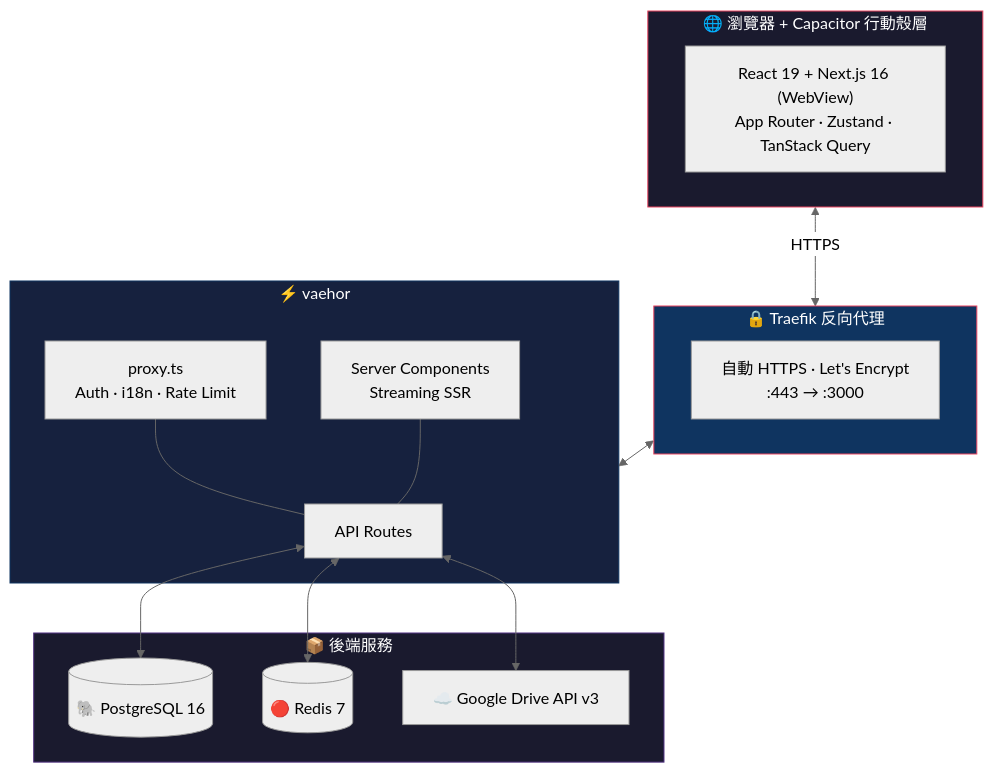
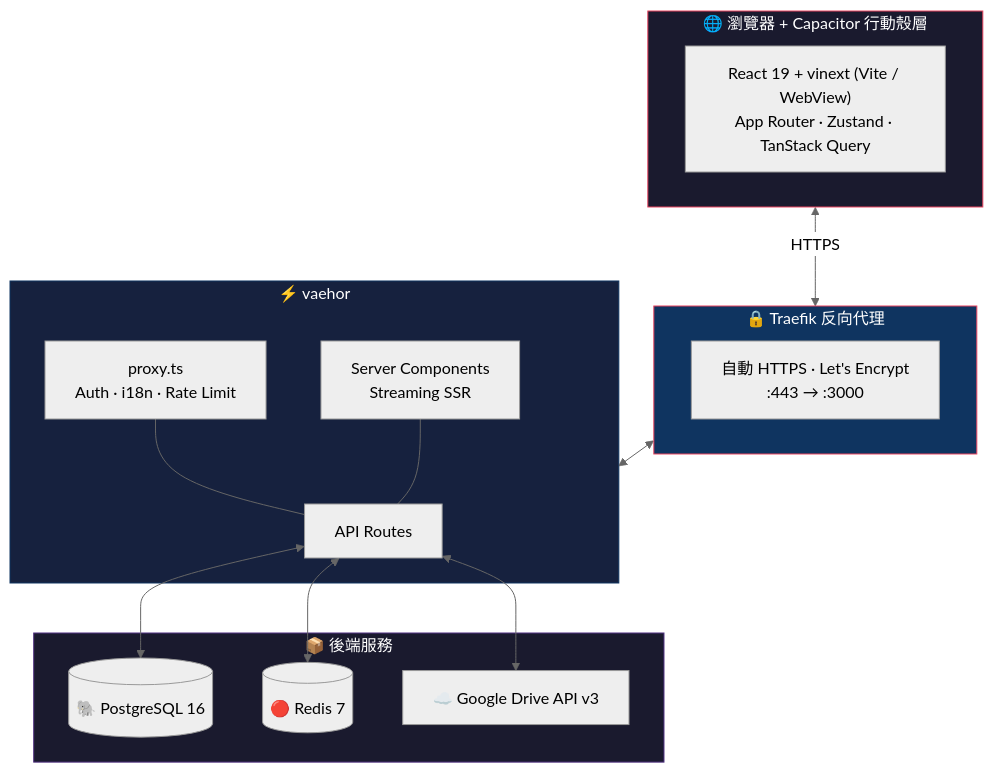
The diagram in README-zh.md (dytsou/vaehor), drawn with Mermaid (neutral theme) before and after one commit. The commit also changed other lines of this file and 32 other files, not shown here.

````diff
--- a/README-zh.md
+++ b/README-zh.md
@@ -175,35 +175,35 @@
 ```mermaid
 flowchart TB
     subgraph CLIENT["🌐 瀏覽器 + Capacitor 行動殼層"]
-        A["React 19 + Next.js 16 (WebView)\nApp Router · Zustand · TanStack Query"]
+        A["React 19 + vinext (Vite / WebView)\nApp Router · Zustand · TanStack Query"]
     end
 
     subgraph TRAEFIK["🔒 Traefik 反向代理"]
         B["自動 HTTPS · Let's Encrypt\n:443 → :3000"]
     end
 
     subgraph APP["⚡ vaehor"]
         C["API Routes"]
         D["proxy.ts\nAuth · i18n · Rate Limit"]
         E["Server Components\nStreaming SSR"]
     end
 
     subgraph SERVICES["📦 後端服務"]
         F[("🐘 PostgreSQL 16")]
         G[("🔴 Redis 7")]
         H["☁️ Google Drive API v3"]
     end
 
     CLIENT <-->|HTTPS| TRAEFIK
     TRAEFIK <--> APP
     C <--> F
     C <--> G
     C <--> H
     D --- C
     E --- C
 
     style CLIENT fill:#1a1a2e,stroke:#e94560,color:#fff
     style TRAEFIK fill:#0f3460,stroke:#e94560,color:#fff
     style APP fill:#16213e,stroke:#0f3460,color:#fff
     style SERVICES fill:#1a1a2e,stroke:#533483,color:#fff
 ```
````
